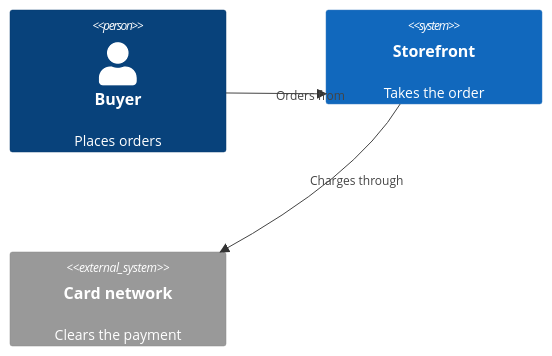
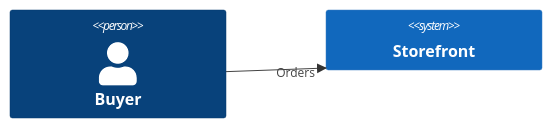
Before and after one commit to Laticent/lattice: the first of 5 diagrams in examples/mermaid-11-17.md, drawn with Mermaid. The commit also changed other lines of this file and 4 other files, not shown here.

First line of the commit message:
fix(mermaid): C4 relationship labels sit on their line's midpoint, and the demo deck reads at size

````diff
--- a/examples/mermaid-11-17.md
+++ b/examples/mermaid-11-17.md
@@ -22,8 +22,6 @@
 ```mermaid
 C4Context
-  Person(buyer, "Buyer", "Places orders")
-  System(shop, "Storefront", "Takes the order")
-  System_Ext(bank, "Card network", "Clears the payment")
-  Rel(buyer, shop, "Orders from")
-  Rel(shop, bank, "Charges through")
+  Person(buyer, "Buyer")
+  System(shop, "Storefront")
+  Rel(buyer, shop, "Orders")
 ```
````
